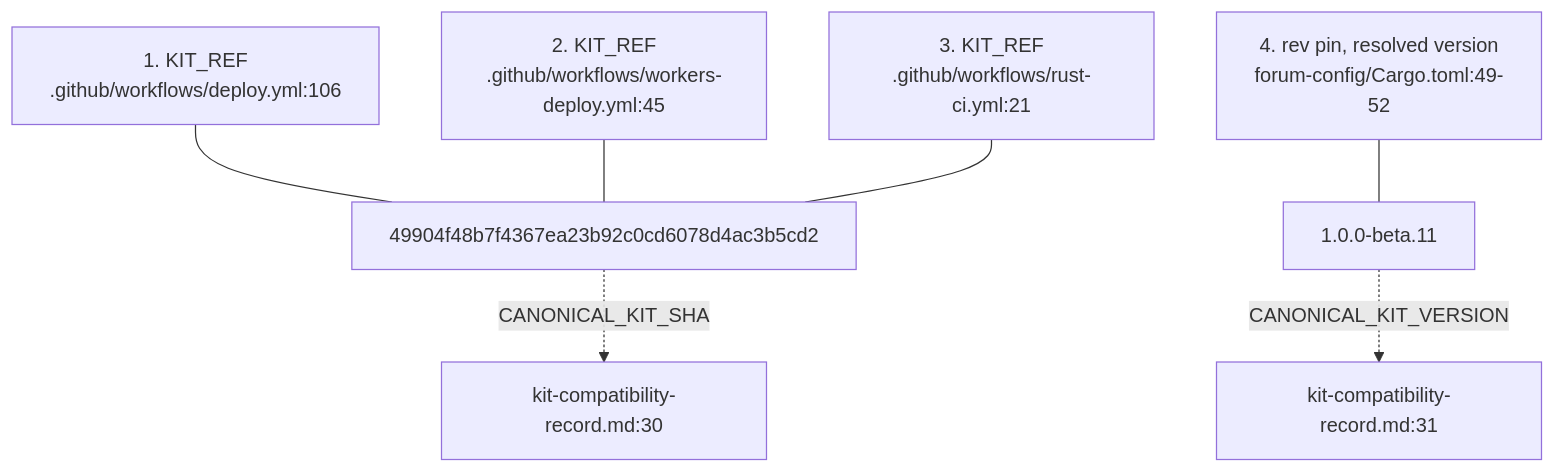
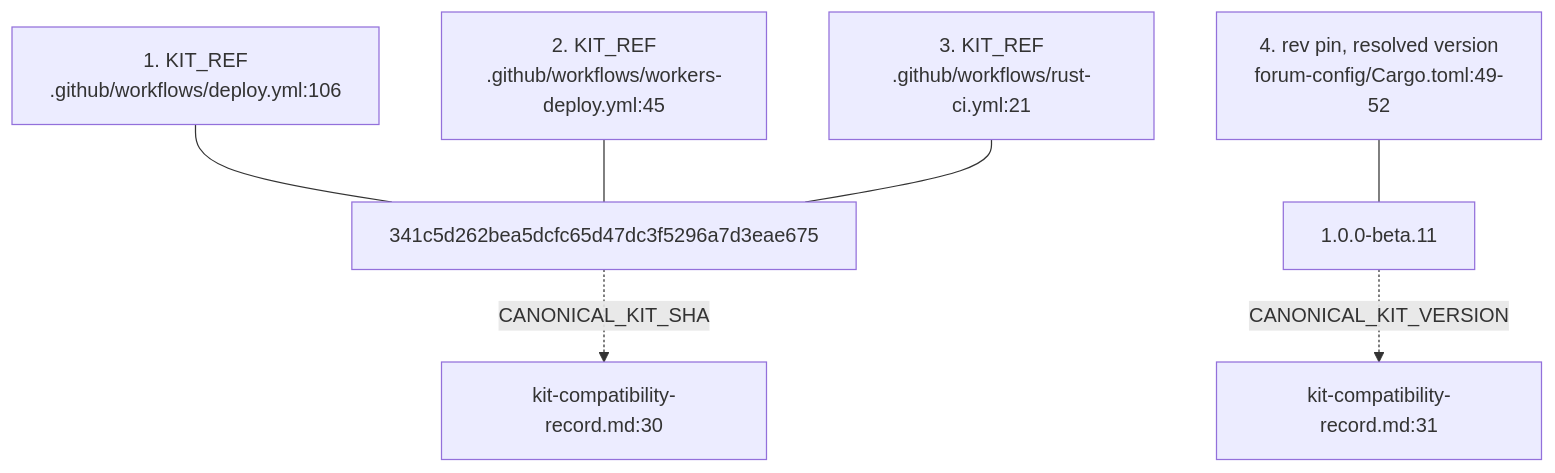
One commit to DreamLab-AI/VisionFlow changed the fourth of 7 diagrams in docs/diagrams/dreamlab-ai-website/01-repo-composition-and-deploy-topology.md. Above: the diagram before and after it, drawn with Mermaid. The commit also changed other lines of this file and 17 other files, not shown here.

````diff
--- a/docs/diagrams/dreamlab-ai-website/01-repo-composition-and-deploy-topology.md
+++ b/docs/diagrams/dreamlab-ai-website/01-repo-composition-and-deploy-topology.md
@@ -63,9 +63,9 @@
 ```mermaid
 flowchart TB
-    A["1. KIT_REF<br/>.github/workflows/deploy.yml:106"] --- SHA["49904f48b7f4367ea23b92c0cd6078d4ac3b5cd2"]
+    A["1. KIT_REF<br/>.github/workflows/deploy.yml:106"] --- SHA["341c5d262bea5dcfc65d47dc3f5296a7d3eae675"]
     B["2. KIT_REF<br/>.github/workflows/workers-deploy.yml:45"] --- SHA
     C["3. KIT_REF<br/>.github/workflows/rust-ci.yml:21"] --- SHA
     D["4. rev pin, resolved version<br/>forum-config/Cargo.toml:49-52"] --- VER["1.0.0-beta.11"]
     SHA -.->|"CANONICAL_KIT_SHA"| REC["kit-compatibility-record.md:30"]
     VER -.->|"CANONICAL_KIT_VERSION"| REC2["kit-compatibility-record.md:31"]
 ```
````
